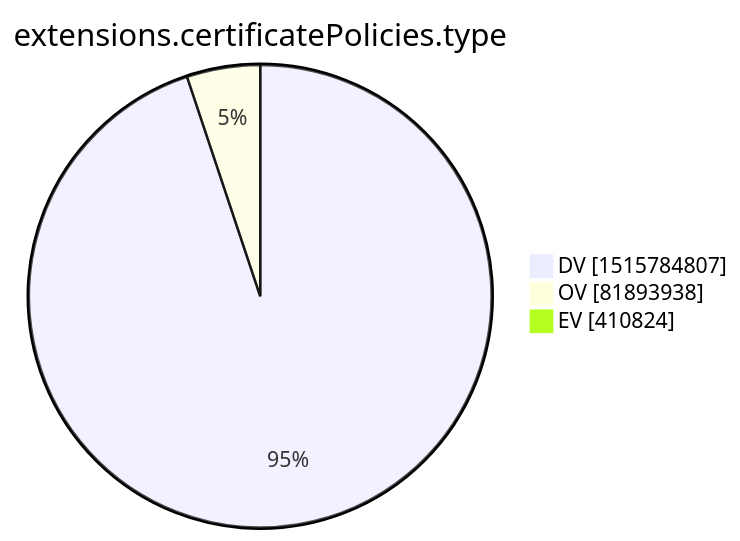
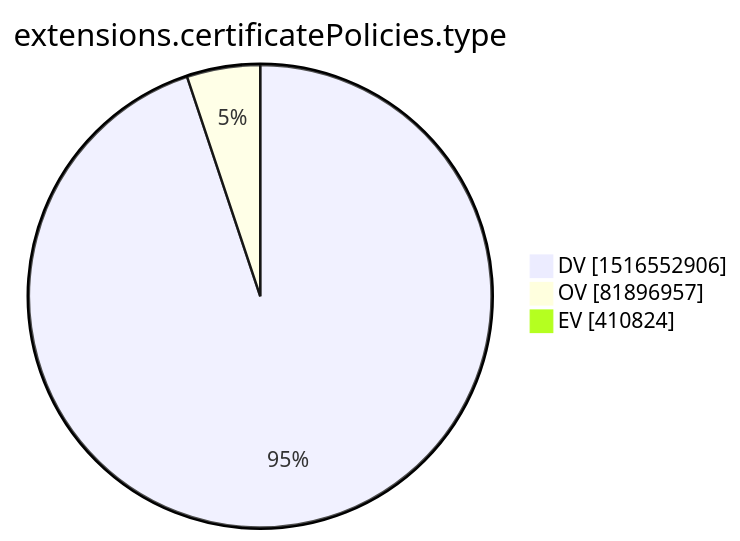
Before and after one commit to christiankrug/ctmonitor_visualization: the tenth of 15 diagrams in xenon2022/README.md, drawn with Mermaid. The commit also changed other lines of this file, not shown here.

````diff
--- a/xenon2022/README.md
+++ b/xenon2022/README.md
@@ -2875,7 +2875,7 @@
 ```mermaid
 pie showData
 title extensions.certificatePolicies.type
-"DV" :1515784807
-"OV" :81893938
+"DV" :1516552906
+"OV" :81896957
 "EV" :410824
 ```
````
